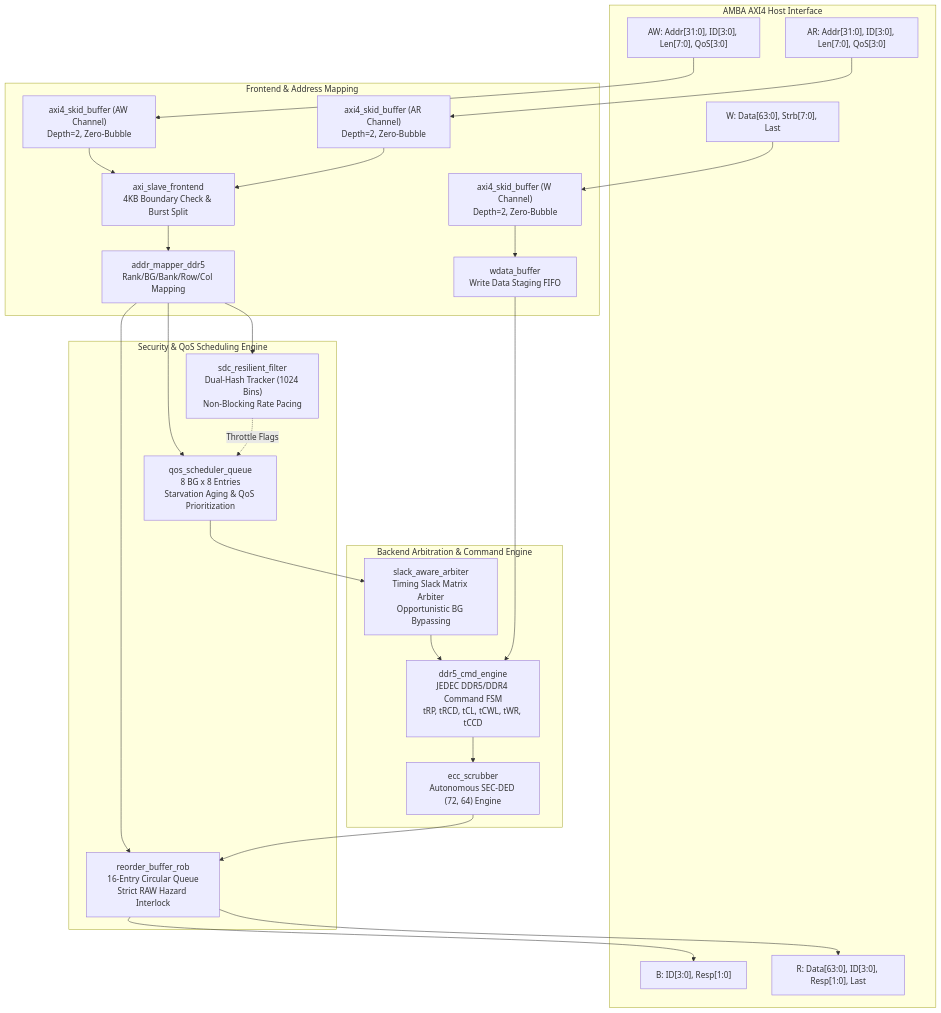
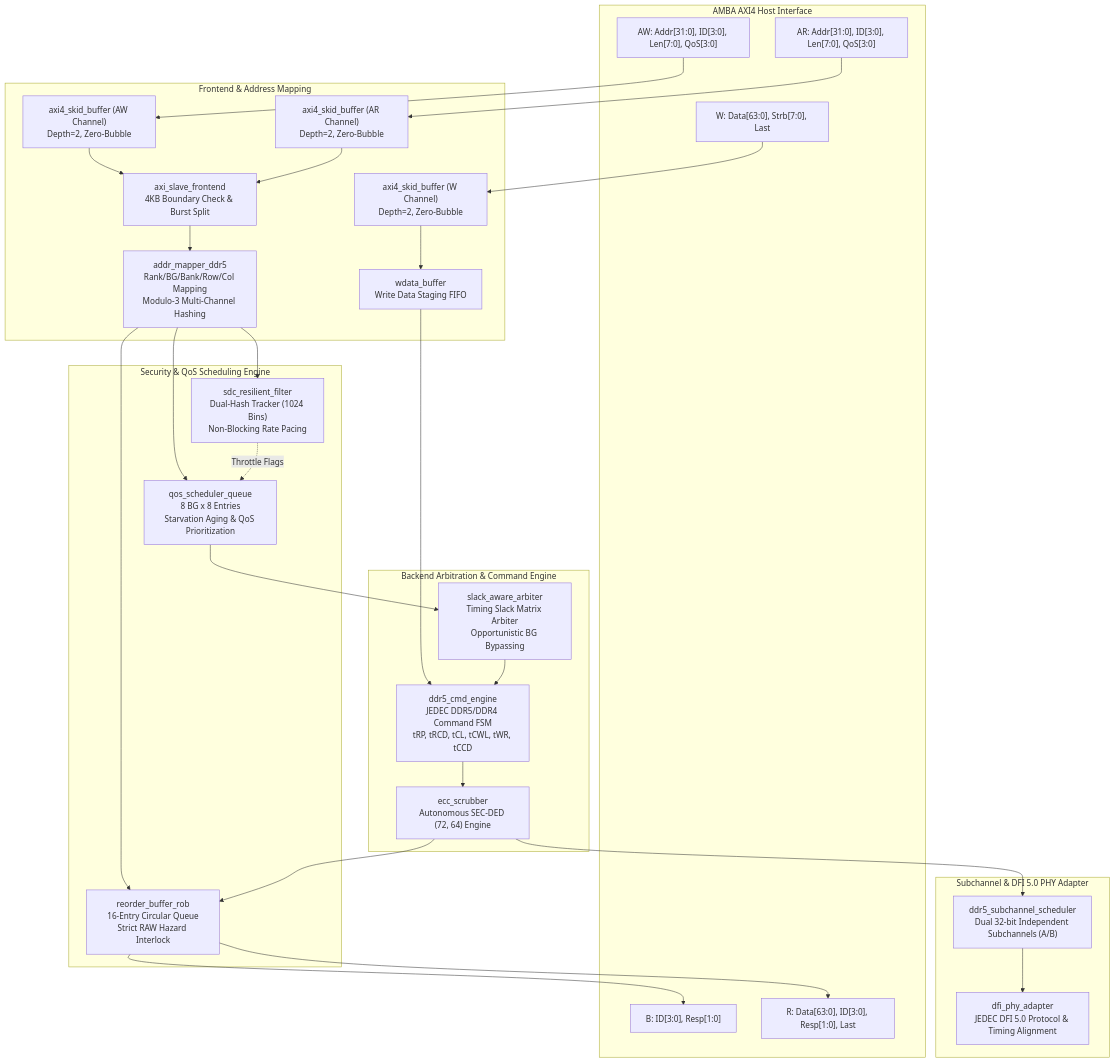
One commit to quachtuanthanh80-arch/DRAM changed the first of 2 diagrams in README.md. Above: the diagram before and after it, drawn with Mermaid. The commit also changed other lines of this file and 1 other file, not shown here.

Commit message:
docs: update README and testbench suite with DDR5-6000, multi-channel scaling, multi-PDK ASIC PPA, and SOTA comparison

````diff
--- a/README.md
+++ b/README.md
@@ -26,47 +30,54 @@
 ```mermaid
 graph TB
     subgraph AXI4_Interface ["AMBA AXI4 Host Interface"]
         AW["AW: Addr[31:0], ID[3:0], Len[7:0], QoS[3:0]"]
         W["W: Data[63:0], Strb[7:0], Last"]
         B["B: ID[3:0], Resp[1:0]"]
         AR["AR: Addr[31:0], ID[3:0], Len[7:0], QoS[3:0]"]
         R["R: Data[63:0], ID[3:0], Resp[1:0], Last"]
     end
 
     subgraph Frontend_Stage ["Frontend & Address Mapping"]
         SKID_AW["axi4_skid_buffer (AW Channel)<br/>Depth=2, Zero-Bubble"]
         SKID_AR["axi4_skid_buffer (AR Channel)<br/>Depth=2, Zero-Bubble"]
         SKID_W["axi4_skid_buffer (W Channel)<br/>Depth=2, Zero-Bubble"]
         FE["axi_slave_frontend<br/>4KB Boundary Check & Burst Split"]
         WBUF["wdata_buffer<br/>Write Data Staging FIFO"]
-        MAPPER["addr_mapper_ddr5<br/>Rank/BG/Bank/Row/Col Mapping"]
+        MAPPER["addr_mapper_ddr5<br/>Rank/BG/Bank/Row/Col Mapping<br/>Modulo-3 Multi-Channel Hashing"]
     end
 
     subgraph Core_Engine ["Security & QoS Scheduling Engine"]
         SDC["sdc_resilient_filter<br/>Dual-Hash Tracker (1024 Bins)<br/>Non-Blocking Rate Pacing"]
         QOS["qos_scheduler_queue<br/>8 BG x 8 Entries<br/>Starvation Aging & QoS Prioritization"]
         ROB["reorder_buffer_rob<br/>16-Entry Circular Queue<br/>Strict RAW Hazard Interlock"]
     end
 
     subgraph Backend_Stage ["Backend Arbitration & Command Engine"]
         ARB["slack_aware_arbiter<br/>Timing Slack Matrix Arbiter<br/>Opportunistic BG Bypassing"]
         ENGINE["ddr5_cmd_engine<br/>JEDEC DDR5/DDR4 Command FSM<br/>tRP, tRCD, tCL, tCWL, tWR, tCCD"]
         ECC["ecc_scrubber<br/>Autonomous SEC-DED (72, 64) Engine"]
     end
 
+    subgraph Memory_PHY ["Subchannel & DFI 5.0 PHY Adapter"]
+        SCHED["ddr5_subchannel_scheduler<br/>Dual 32-bit Independent Subchannels (A/B)"]
+        DFI["dfi_phy_adapter<br/>JEDEC DFI 5.0 Protocol & Timing Alignment"]
+    end
+
     AW --> SKID_AW --> FE
     AR --> SKID_AR --> FE
     W --> SKID_W --> WBUF
     FE --> MAPPER
     MAPPER --> SDC
     MAPPER --> QOS
     MAPPER --> ROB
     WBUF --> ENGINE
     SDC -.->|Throttle Flags| QOS
     QOS --> ARB
     ARB --> ENGINE
     ENGINE --> ECC
+    ECC --> SCHED
+    SCHED --> DFI
     ECC --> ROB
     ROB --> R
     ROB --> B
 ```
````
